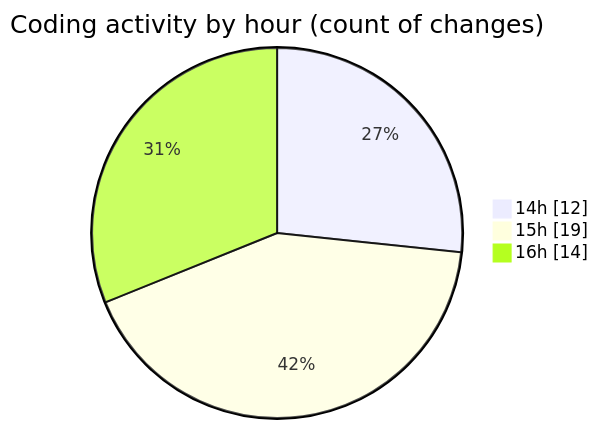
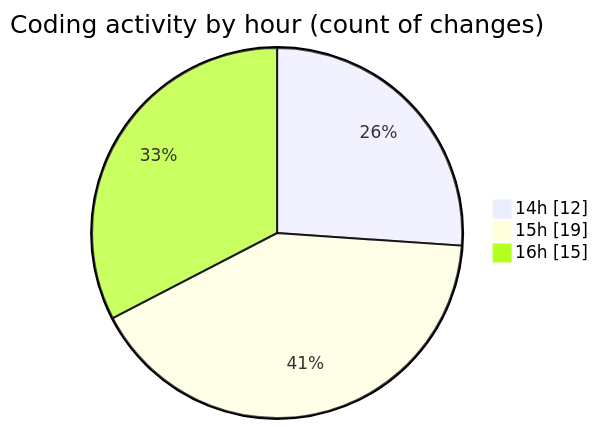
The second of 2 diagrams in 2025-08-10/rentotp/README.md (lephambinh05/code-tracking), drawn with Mermaid before and after one commit. The commit also changed other lines of this file and 1 other file, not shown here.

````diff
--- a/2025-08-10/rentotp/README.md
+++ b/2025-08-10/rentotp/README.md
@@ -35,7 +35,7 @@
 ```mermaid
 pie showData
 title Coding activity by hour (count of changes)
 "14h" : 12
 "15h" : 19
-"16h" : 14
+"16h" : 15
 ```
````
